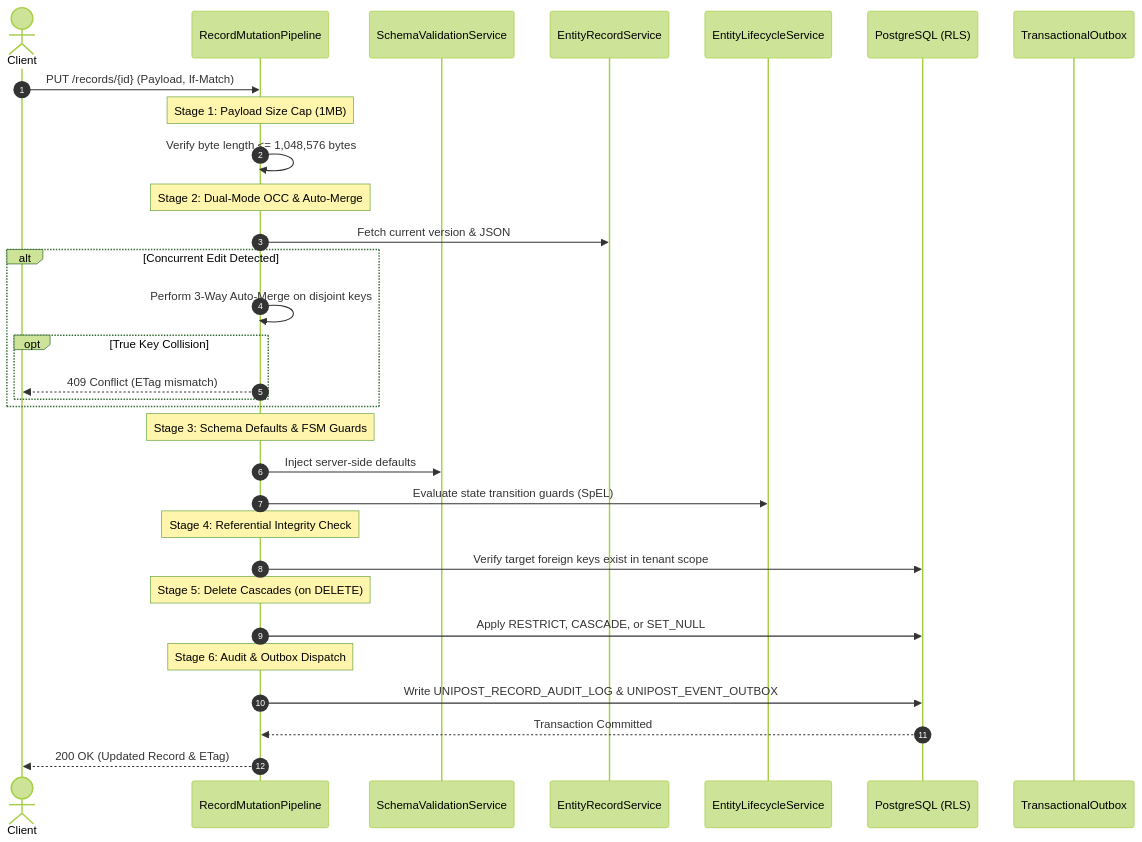
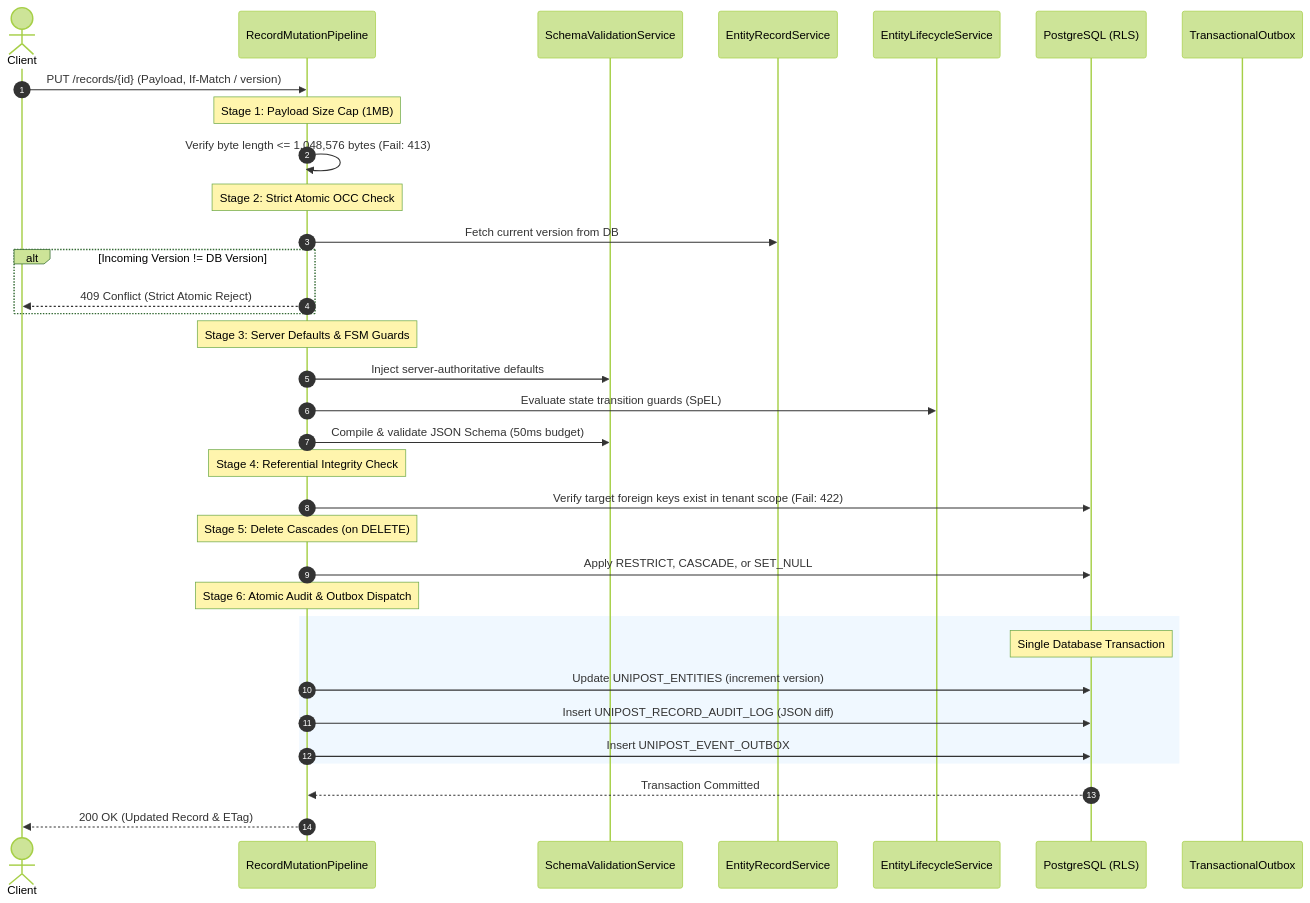
The diagram in docs/integration_master_plan_iteration22.md (tamanle23/acc), drawn with Mermaid (forest theme) before and after one commit. The commit also changed other lines of this file, not shown here.

Commit message:
docs: update iteration 22 master plan with ratified 6-stage mutation pipeline decisions

````diff
--- a/docs/integration_master_plan_iteration22.md
+++ b/docs/integration_master_plan_iteration22.md
@@ -57,39 +62,42 @@
 ```mermaid
 sequenceDiagram
     autonumber
     actor Client
     participant Pipeline as RecordMutationPipeline
     participant Validation as SchemaValidationService
     participant EntitySvc as EntityRecordService
     participant FSM as EntityLifecycleService
     participant DB as PostgreSQL (RLS)
     participant Outbox as TransactionalOutbox
 
-    Client->>Pipeline: PUT /records/{id} (Payload, If-Match)
+    Client->>Pipeline: PUT /records/{id} (Payload, If-Match / version)
     Note over Pipeline: Stage 1: Payload Size Cap (1MB)
-    Pipeline->>Pipeline: Verify byte length <= 1,048,576 bytes
+    Pipeline->>Pipeline: Verify byte length <= 1,048,576 bytes (Fail: 413)
     
-    Note over Pipeline: Stage 2: Dual-Mode OCC & Auto-Merge
-    Pipeline->>EntitySvc: Fetch current version & JSON
-    alt Concurrent Edit Detected
-        Pipeline->>Pipeline: Perform 3-Way Auto-Merge on disjoint keys
-        opt True Key Collision
-            Pipeline-->>Client: 409 Conflict (ETag mismatch)
-        end
+    Note over Pipeline: Stage 2: Strict Atomic OCC Check
+    Pipeline->>EntitySvc: Fetch current version from DB
+    alt Incoming Version != DB Version
+        Pipeline-->>Client: 409 Conflict (Strict Atomic Reject)
     end
 
-    Note over Pipeline: Stage 3: Schema Defaults & FSM Guards
-    Pipeline->>Validation: Inject server-side defaults
+    Note over Pipeline: Stage 3: Server Defaults & FSM Guards
+    Pipeline->>Validation: Inject server-authoritative defaults
     Pipeline->>FSM: Evaluate state transition guards (SpEL)
+    Pipeline->>Validation: Compile & validate JSON Schema (50ms budget)
 
     Note over Pipeline: Stage 4: Referential Integrity Check
-    Pipeline->>DB: Verify target foreign keys exist in tenant scope
+    Pipeline->>DB: Verify target foreign keys exist in tenant scope (Fail: 422)
 
     Note over Pipeline: Stage 5: Delete Cascades (on DELETE)
     Pipeline->>DB: Apply RESTRICT, CASCADE, or SET_NULL
 
-    Note over Pipeline: Stage 6: Audit & Outbox Dispatch
-    Pipeline->>DB: Write UNIPOST_RECORD_AUDIT_LOG & UNIPOST_EVENT_OUTBOX
+    Note over Pipeline: Stage 6: Atomic Audit & Outbox Dispatch
+    rect rgb(240, 248, 255)
+        Note over DB: Single Database Transaction
+        Pipeline->>DB: Update UNIPOST_ENTITIES (increment version)
+        Pipeline->>DB: Insert UNIPOST_RECORD_AUDIT_LOG (JSON diff)
+        Pipeline->>DB: Insert UNIPOST_EVENT_OUTBOX
+    end
     DB-->>Pipeline: Transaction Committed
     Pipeline-->>Client: 200 OK (Updated Record & ETag)
 ```
````
